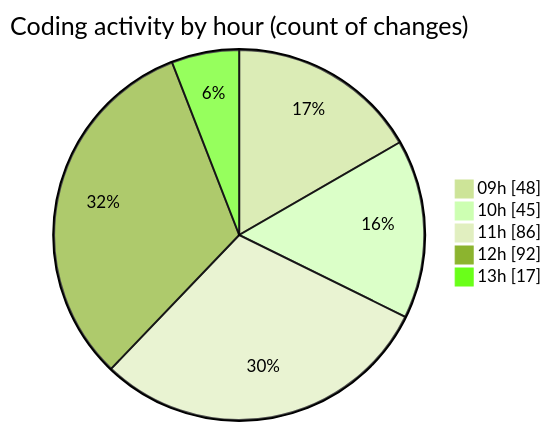
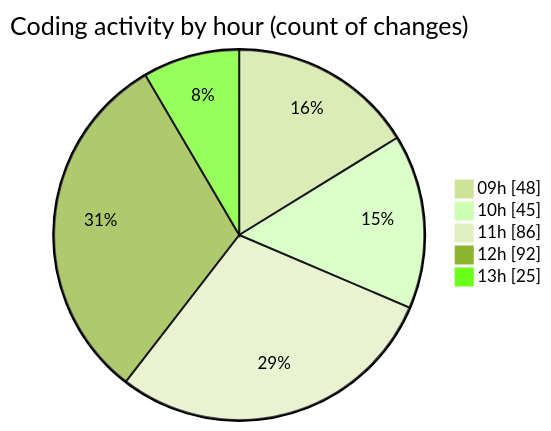
One commit to momahboobian/code-tracking changed the second of 2 diagrams in 2025-03-14/cda/README.md. Above: the diagram before and after it, drawn with Mermaid (forest theme). The commit also changed other lines of this file and 1 other file, not shown here.

````diff
--- a/2025-03-14/cda/README.md
+++ b/2025-03-14/cda/README.md
@@ -45,9 +45,9 @@
 ```mermaid
 pie showData
 title Coding activity by hour (count of changes)
 "09h" : 48
 "10h" : 45
 "11h" : 86
 "12h" : 92
-"13h" : 17
+"13h" : 25
 ```
````
